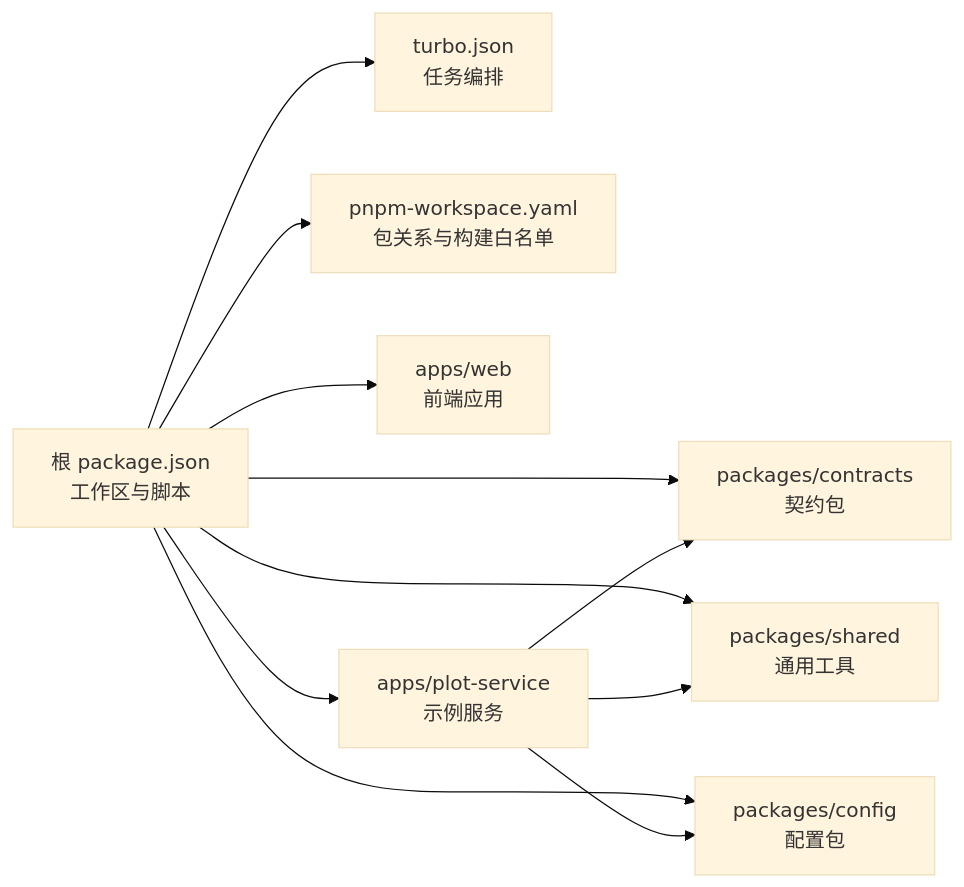
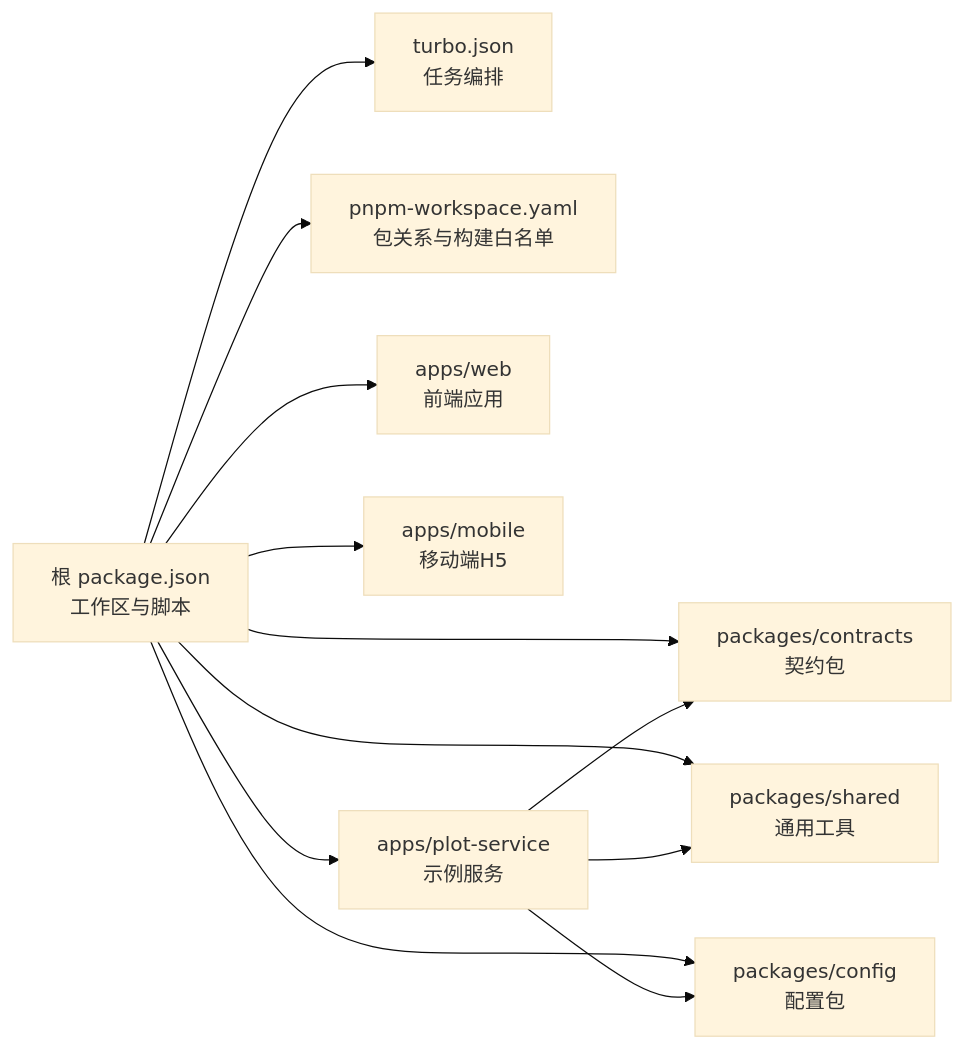
One commit to q446328246/agri-platform changed diagram 12 of 12 in .qoder/repowiki/zh/content/项目概述/项目概述.md. Above: the diagram before and after it, drawn with Mermaid (base theme). The commit also changed other lines of this file and 4 other files, not shown here.

````diff
--- a/.qoder/repowiki/zh/content/项目概述/项目概述.md
+++ b/.qoder/repowiki/zh/content/项目概述/项目概述.md
@@ -538,13 +619,14 @@
 ```mermaid
 graph LR
 RootPkg["根 package.json<br/>工作区与脚本"] --> Turbo["turbo.json<br/>任务编排"]
 RootPkg --> PnpmWs["pnpm-workspace.yaml<br/>包关系与构建白名单"]
 RootPkg --> AppsWeb["apps/web<br/>前端应用"]
+RootPkg --> AppsMobile["apps/mobile<br/>移动端H5"]
 RootPkg --> AppsPlot["apps/plot-service<br/>示例服务"]
 RootPkg --> PkgsContracts["packages/contracts<br/>契约包"]
 RootPkg --> PkgsShared["packages/shared<br/>通用工具"]
 RootPkg --> PkgsConfig["packages/config<br/>配置包"]
 AppsPlot --> PkgsContracts
 AppsPlot --> PkgsShared
 AppsPlot --> PkgsConfig
 ```
````
